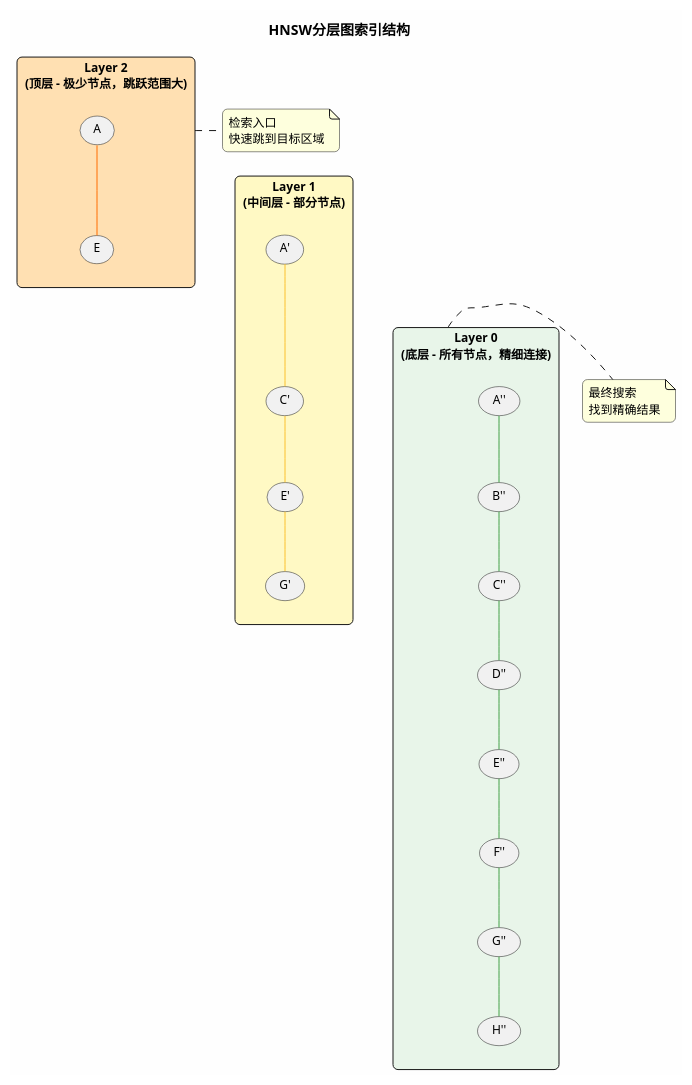
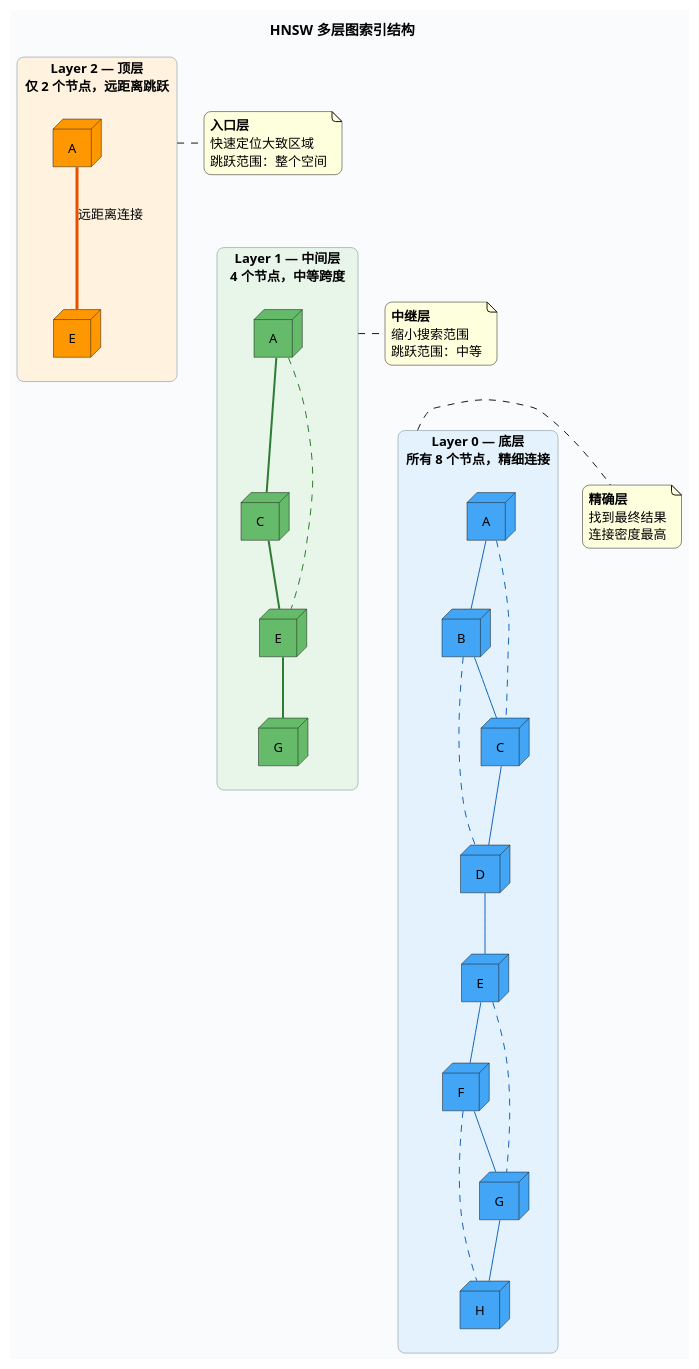
Before and after one commit to shining-stars-l/javaup: the fifth of 6 diagrams in docs/55-超级智能体/30-RAG详细解析/10-向量检索核心算法深度剖析.md, drawn with PlantUML. The commit also changed other lines of this file, not shown here.

````diff
--- a/docs/55-超级智能体/30-RAG详细解析/10-向量检索核心算法深度剖析.md
+++ b/docs/55-超级智能体/30-RAG详细解析/10-向量检索核心算法深度剖析.md
@@ -264,45 +450,74 @@
-```plantuml title="HNSW多层图结构示意" width="100%" maxWidth="900px" align="left"
+```plantuml title="HNSW 分层图结构：从稀疏到稠密的多尺度导航" width="100%" maxWidth="1000px" align="left"
 @startuml
-skinparam backgroundColor #FEFEFE
-skinparam roundcorner 10
+skinparam backgroundColor #FAFBFC
+skinparam roundcorner 14
 skinparam shadowing false
 skinparam defaultFontName Microsoft YaHei
-skinparam defaultFontSize 12
+skinparam defaultFontSize 13
+skinparam rectangleBorderColor #B0BEC5
+skinparam rectangleBackgroundColor #FFFFFF
 
-title HNSW分层图索引结构
+title HNSW 多层图索引结构
 
-rectangle "Layer 2\n(顶层 - 极少节点，跳跃范围大)" as layer2 #FFE0B2 {
-  (A) -[#FF6D00]- (E)
+rectangle "<b>Layer 2 — 顶层</b>\n仅 2 个节点，远距离跳跃" as L2 #FFF3E0 {
+  node "A" as L2A #FF9800
+  node "E" as L2E #FF9800
+  L2A -[#E65100,thickness=3]- L2E : 远距离连接
 }
 
-rectangle "Layer 1\n(中间层 - 部分节点)" as layer1 #FFF9C4 {
-  (A') -[#FBC02D]- (C')
-  (C') -[#FBC02D]- (E')
-  (E') -[#FBC02D]- (G')
+rectangle "<b>Layer 1 — 中间层</b>\n4 个节点，中等跨度" as L1 #E8F5E9 {
+  node "A" as L1A #66BB6A
+  node "C" as L1C #66BB6A
+  node "E" as L1E #66BB6A
+  node "G" as L1G #66BB6A
+  L1A -[#2E7D32,thickness=2]- L1C
+  L1C -[#2E7D32,thickness=2]- L1E
+  L1E -[#2E7D32,thickness=2]- L1G
+  L1A -[#2E7D32,thickness=2,dashed]- L1E
 }
 
-rectangle "Layer 0\n(底层 - 所有节点，精细连接)" as layer0 #E8F5E9 {
-  (A'') -[#43A047]- (B'')
-  (B'') -[#43A047]- (C'')
-  (C'') -[#43A047]- (D'')
-  (D'') -[#43A047]- (E'')
-  (E'') -[#43A047]- (F'')
-  (F'') -[#43A047]- (G'')
-  (G'') -[#43A047]- (H'')
+rectangle "<b>Layer 0 — 底层</b>\n所有 8 个节点，精细连接" as L0 #E3F2FD {
+  node "A" as L0A #42A5F5
+  node "B" as L0B #42A5F5
+  node "C" as L0C #42A5F5
+  node "D" as L0D #42A5F5
+  node "E" as L0E #42A5F5
+  node "F" as L0F #42A5F5
+  node "G" as L0G #42A5F5
+  node "H" as L0H #42A5F5
+  L0A -[#1565C0]- L0B
+  L0B -[#1565C0]- L0C
+  L0C -[#1565C0]- L0D
+  L0D -[#1565C0]- L0E
+  L0E -[#1565C0]- L0F
+  L0F -[#1565C0]- L0G
+  L0G -[#1565C0]- L0H
+  L0A -[#1565C0,dashed]- L0C
+  L0E -[#1565C0,dashed]- L0G
+  L0B -[#1565C0,dashed]- L0D
+  L0F -[#1565C0,dashed]- L0H
 }
 
-layer2 -[hidden]down- layer1
-layer1 -[hidden]down- layer0
+L2 -[hidden]down- L1
+L1 -[hidden]down- L0
 
-note right of layer2
-  检索入口
-  快速跳到目标区域
+note right of L2
+  <b>入口层</b>
+  快速定位大致区域
+  跳跃范围：整个空间
 end note
 
-note right of layer0
-  最终搜索
-  找到精确结果
+note right of L1
+  <b>中继层</b>
+  缩小搜索范围
+  跳跃范围：中等
+end note
+
+note right of L0
+  <b>精确层</b>
+  找到最终结果
+  连接密度最高
 end note
 
 @enduml
 ```
````
